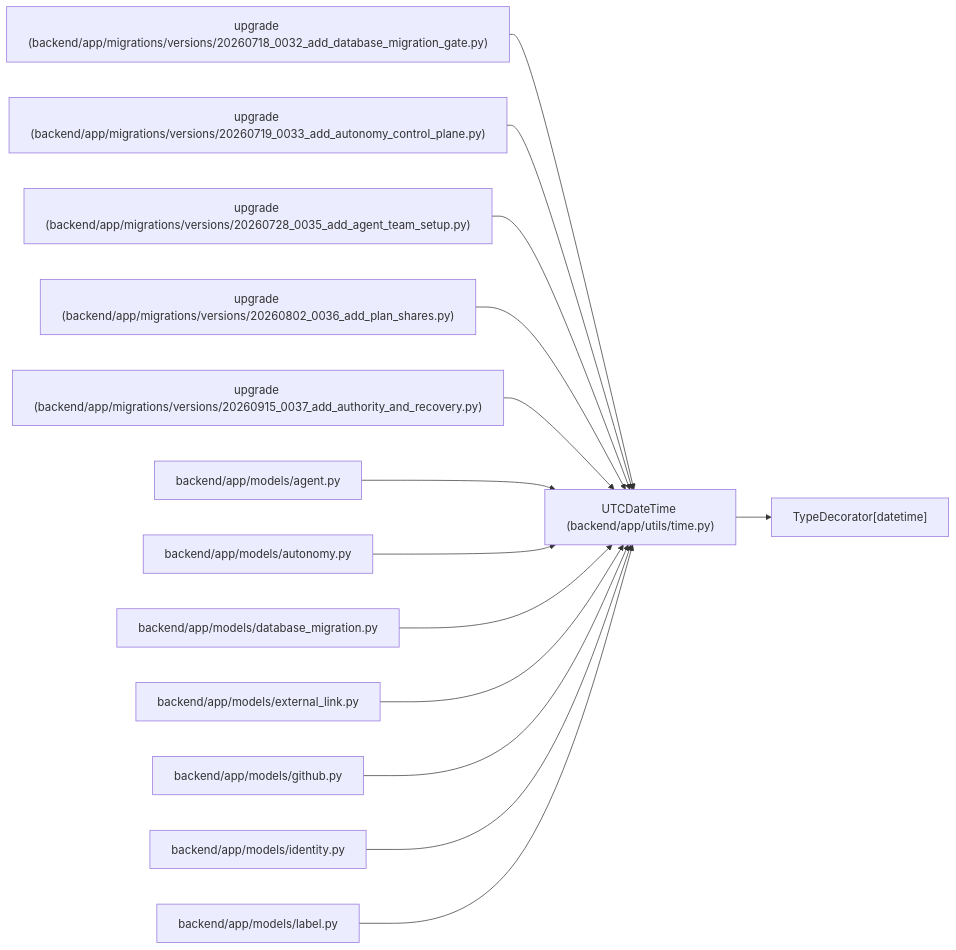
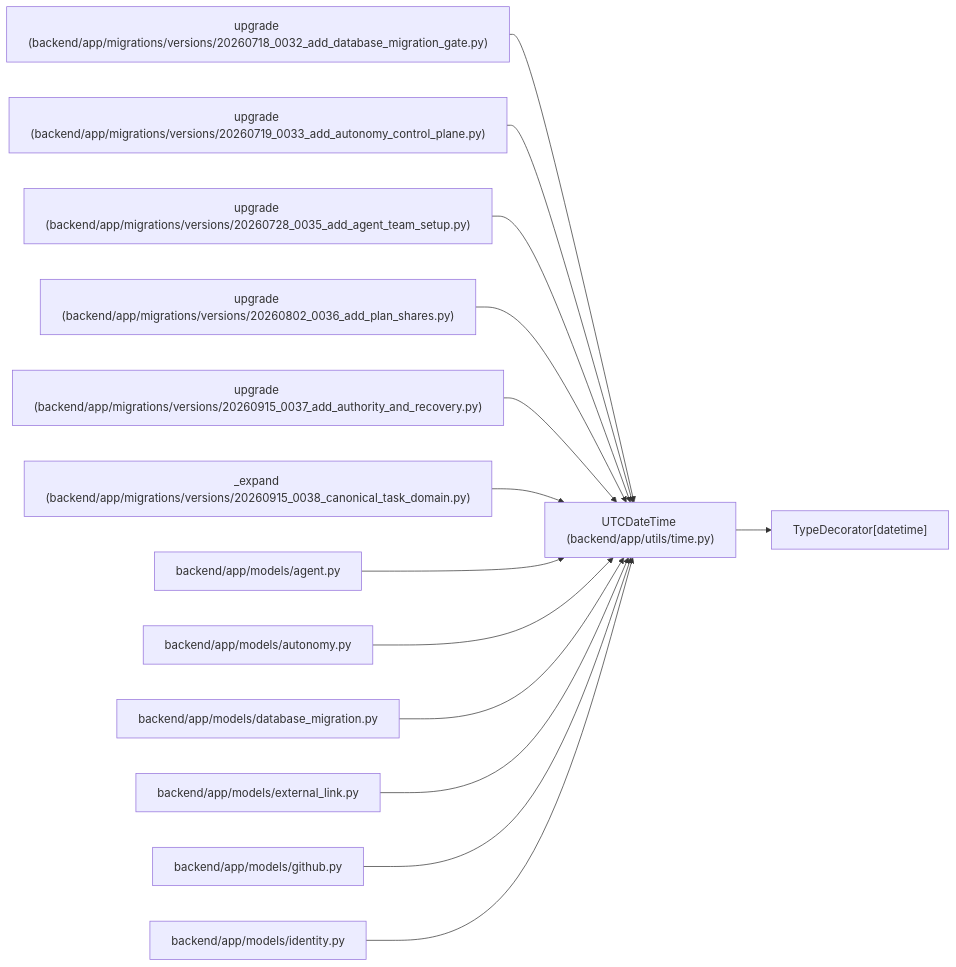
One commit to Denissvgn/WorkChord changed the diagram in docs/llm_wiki/entities/UTCDateTime.md. Above: the diagram before and after it, drawn with Mermaid. The commit also changed other lines of this file and 1238 other files, not shown here.

First line of the commit message:
docs(wiki): publish compact canonical domain architecture

````diff
--- a/docs/llm_wiki/entities/UTCDateTime.md
+++ b/docs/llm_wiki/entities/UTCDateTime.md
@@ -31,43 +31,43 @@
 ```mermaid
 flowchart LR
     n0["UTCDateTime (backend/app/utils/time.py)"]
     n1["TypeDecorator[datetime]"]
     n2["upgrade (backend/app/migrations/versions/20260718_0032_add_database_migration_gate.py)"]
     n3["upgrade (backend/app/migrations/versions/20260719_0033_add_autonomy_control_plane.py)"]
     n4["upgrade (backend/app/migrations/versions/20260728_0035_add_agent_team_setup.py)"]
     n5["upgrade (backend/app/migrations/versions/20260802_0036_add_plan_shares.py)"]
     n6["upgrade (backend/app/migrations/versions/20260915_0037_add_authority_and_recovery.py)"]
-    n7["backend/app/models/agent.py"]
-    n8["backend/app/models/autonomy.py"]
-    n9["backend/app/models/database_migration.py"]
-    n10["backend/app/models/external_link.py"]
-    n11["backend/app/models/github.py"]
-    n12["backend/app/models/identity.py"]
-    n13["backend/app/models/label.py"]
+    n7["_expand (backend/app/migrations/versions/20260915_0038_canonical_task_domain.py)"]
+    n8["backend/app/models/agent.py"]
+    n9["backend/app/models/autonomy.py"]
+    n10["backend/app/models/database_migration.py"]
+    n11["backend/app/models/external_link.py"]
+    n12["backend/app/models/github.py"]
+    n13["backend/app/models/identity.py"]
     n0 --> n1
     n2 --> n0
     n3 --> n0
     n4 --> n0
     n5 --> n0
     n6 --> n0
     n7 --> n0
     n8 --> n0
     n9 --> n0
     n10 --> n0
     n11 --> n0
     n12 --> n0
     n13 --> n0
     click n0 "../modules/time.md"
     click n2 "../modules/20260718_0032_add_database_migration_gate.md"
     click n3 "../modules/20260719_0033_add_autonomy_control_plane.md"
     click n4 "../modules/20260728_0035_add_agent_team_setup.md"
     click n5 "../modules/20260802_0036_add_plan_shares.md"
     click n6 "../modules/20260915_0037_add_authority_and_recovery.md"
-    click n7 "../modules/models_agent.md"
-    click n8 "../modules/models_autonomy.md"
-    click n9 "../modules/models_database_migration.md"
-    click n10 "../modules/models_external_link.md"
-    click n11 "../modules/models_github.md"
-    click n12 "../modules/models_identity.md"
-    click n13 "../modules/models_label.md"
+    click n7 "../modules/20260915_0038_canonical_task_domain.md"
+    click n8 "../modules/models_agent.md"
+    click n9 "../modules/models_autonomy.md"
+    click n10 "../modules/models_database_migration.md"
+    click n11 "../modules/models_external_link.md"
+    click n12 "../modules/models_github.md"
+    click n13 "../modules/models_identity.md"
 ```
````
